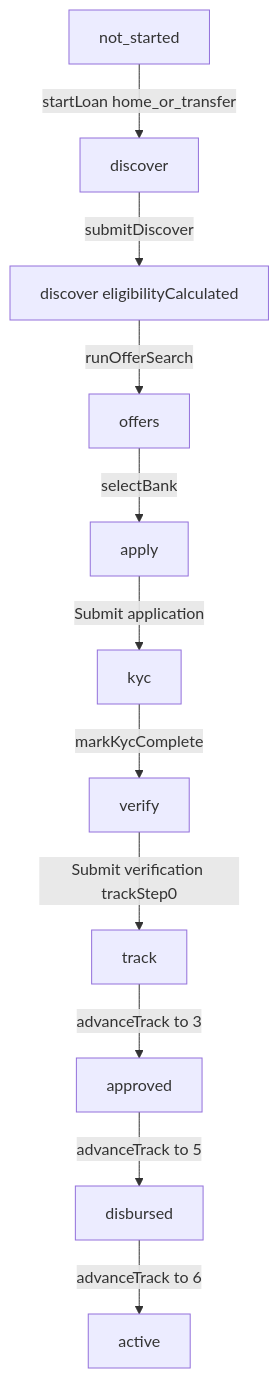
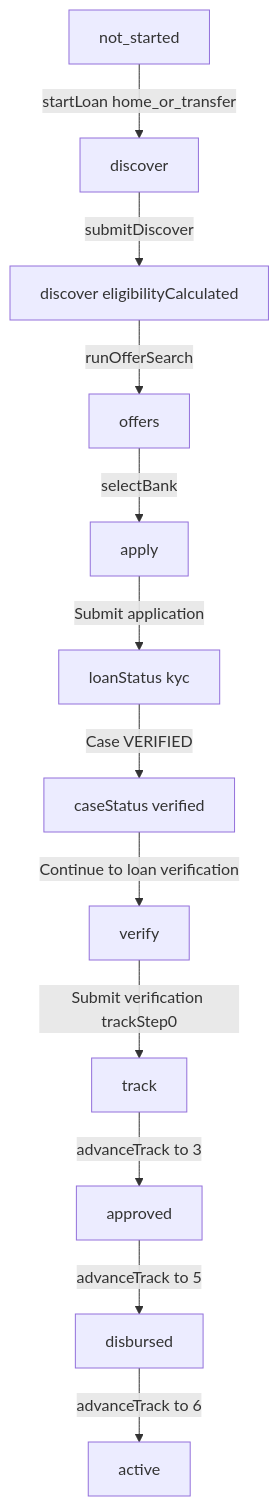
The first of 2 diagrams in statemachine.md (riyasinghwork-cloud/Aampay-app-riya), drawn with Mermaid before and after one commit. The commit also changed other lines of this file and 19 other files, not shown here.

````diff
--- a/statemachine.md
+++ b/statemachine.md
@@ -184,13 +283,14 @@
 ```mermaid
 flowchart TD
   start[not_started] -->|startLoan home_or_transfer| discover[discover]
   discover -->|submitDiscover| discoverCalc[discover eligibilityCalculated]
   discoverCalc -->|runOfferSearch| offers[offers]
   offers -->|selectBank| apply[apply]
-  apply -->|Submit application| kyc[kyc]
-  kyc -->|markKycComplete| verify[verify]
+  apply -->|Submit application| kyc[loanStatus kyc]
+  kyc -->|Case VERIFIED| caseOk[caseStatus verified]
+  caseOk -->|Continue to loan verification| verify[verify]
   verify -->|Submit verification trackStep0| track[track]
   track -->|advanceTrack to 3| approved[approved]
   approved -->|advanceTrack to 5| disbursed[disbursed]
   disbursed -->|advanceTrack to 6| active[active]
 ```
````
